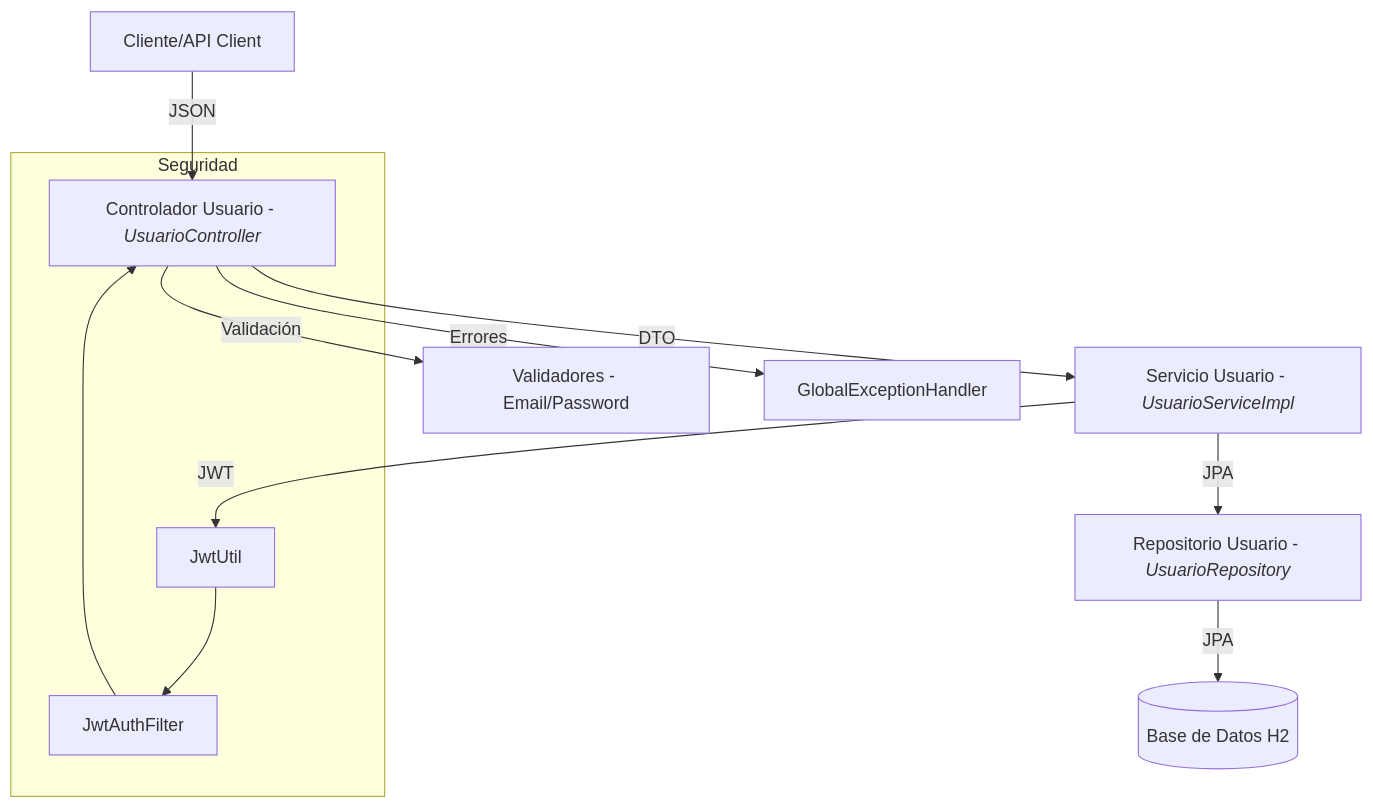
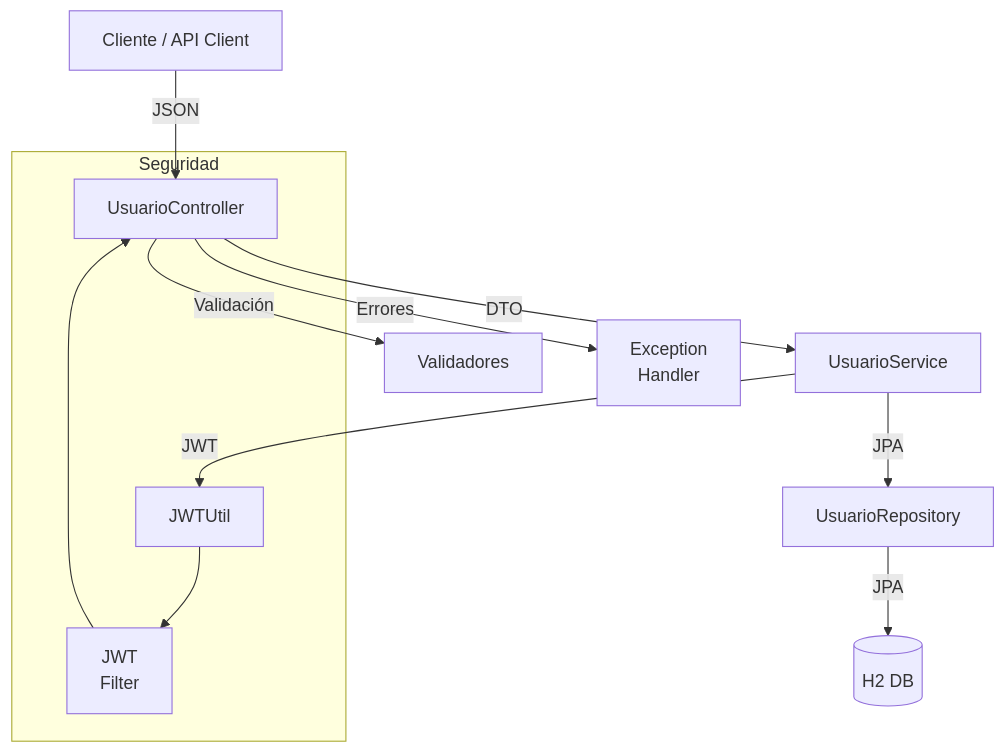
One commit to StrawManCL/evaluacion-java-nttdata changed the first of 2 diagrams in README.md. Above: the diagram before and after it, drawn with Mermaid. The commit also changed other lines of this file, not shown here.

Commit message:
Modificaciones a diagramas

````diff
--- a/README.md
+++ b/README.md
@@ -132,15 +132,15 @@
 ```mermaid
 graph TD
-    A[Cliente/API Client] -->|JSON| B[Controlador Usuario - <i>UsuarioController</i>]
-    B -->|DTO| C[Servicio Usuario - <i>UsuarioServiceImpl</i>]
-    C -->|JPA| D[Repositorio Usuario - <i>UsuarioRepository</i>]
-    C -->|JWT| E[JwtUtil]
-    D -->|JPA| F[(Base de Datos H2)]
-    B -->|Validación| G[Validadores - Email/Password]
-    B -->|Errores| H[GlobalExceptionHandler]
+    A[Cliente / API Client] -->|JSON| B[UsuarioController]
+    B -->|DTO| C[UsuarioService]
+    C -->|JPA| D[UsuarioRepository]
+    C -->|JWT| E[JWTUtil]
+    D -->|JPA| F[(H2 DB)]
+    B -->|Validación| G[Validadores]
+    B -->|Errores| H[Exception<br/>Handler]
     subgraph Seguridad
-      I[JwtAuthFilter]
-      I --> B
-      E --> I
+        I[JWT<br/>Filter]
+        I --> B
+        E --> I
     end
 ```
````
